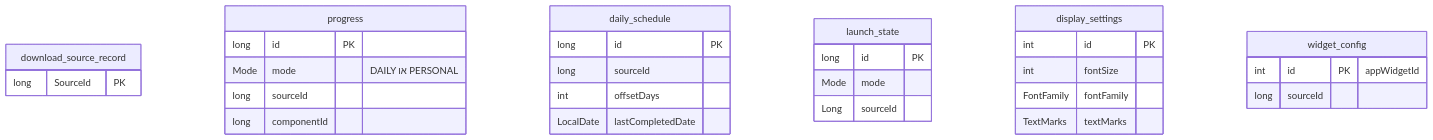
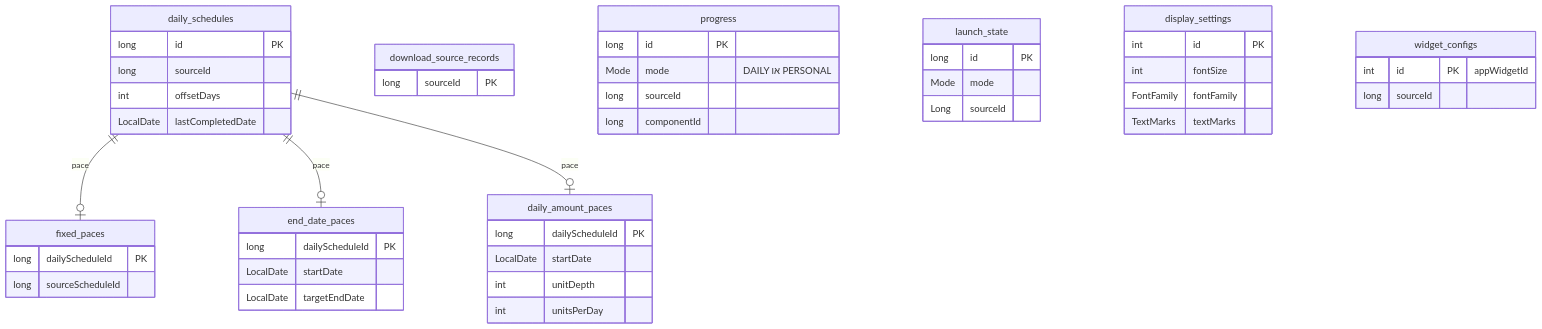
Before and after one commit to codeformegpt-dev/Itim: the third of 3 diagrams in README.md, drawn with Mermaid. The commit also changed other lines of this file and 5 other files, not shown here.

````diff
--- a/README.md
+++ b/README.md
@@ -160,33 +411,52 @@
 ```mermaid
 erDiagram
-    download_source_record {
-        long SourceId PK
+    daily_schedules ||--o| fixed_paces : "pace"
+    daily_schedules ||--o| end_date_paces : "pace"
+    daily_schedules ||--o| daily_amount_paces : "pace"
+
+    download_source_records {
+        long sourceId PK
     }
     progress {
         long id PK
         Mode mode "DAILY או PERSONAL"
         long sourceId
         long componentId
     }
-    daily_schedule {
+    daily_schedules {
         long id PK
         long sourceId
         int offsetDays
         LocalDate lastCompletedDate
+    }
+    fixed_paces {
+        long dailyScheduleId PK
+        long sourceScheduleId
+    }
+    end_date_paces {
+        long dailyScheduleId PK
+        LocalDate startDate
+        LocalDate targetEndDate
+    }
+    daily_amount_paces {
+        long dailyScheduleId PK
+        LocalDate startDate
+        int unitDepth
+        int unitsPerDay
     }
     launch_state {
         long id PK
         Mode mode
         Long sourceId
     }
     display_settings {
         int id PK
         int fontSize
         FontFamily fontFamily
         TextMarks textMarks
     }
-    widget_config {
+    widget_configs {
         int id PK "appWidgetId"
         long sourceId
     }
 ```
````
